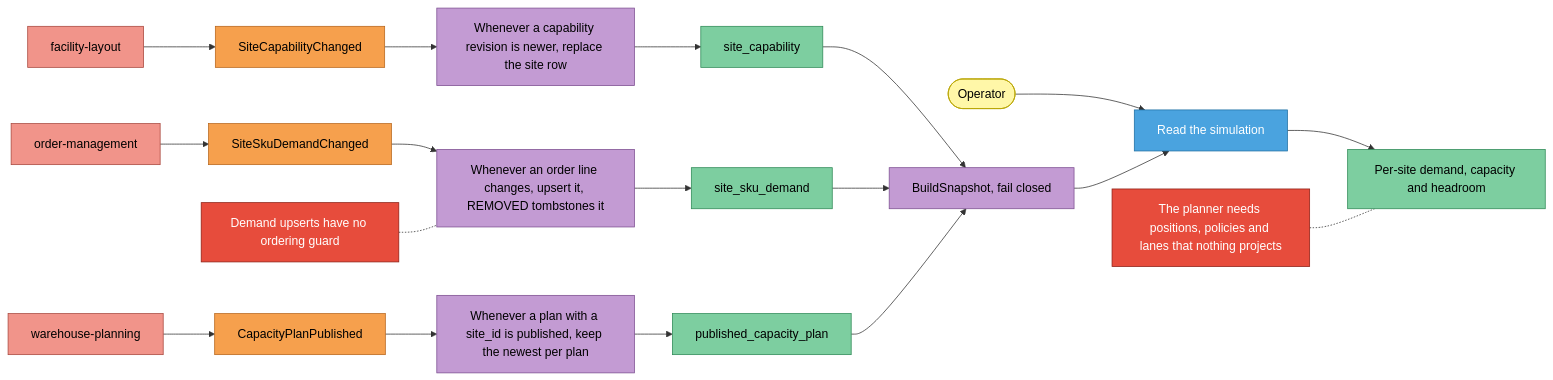
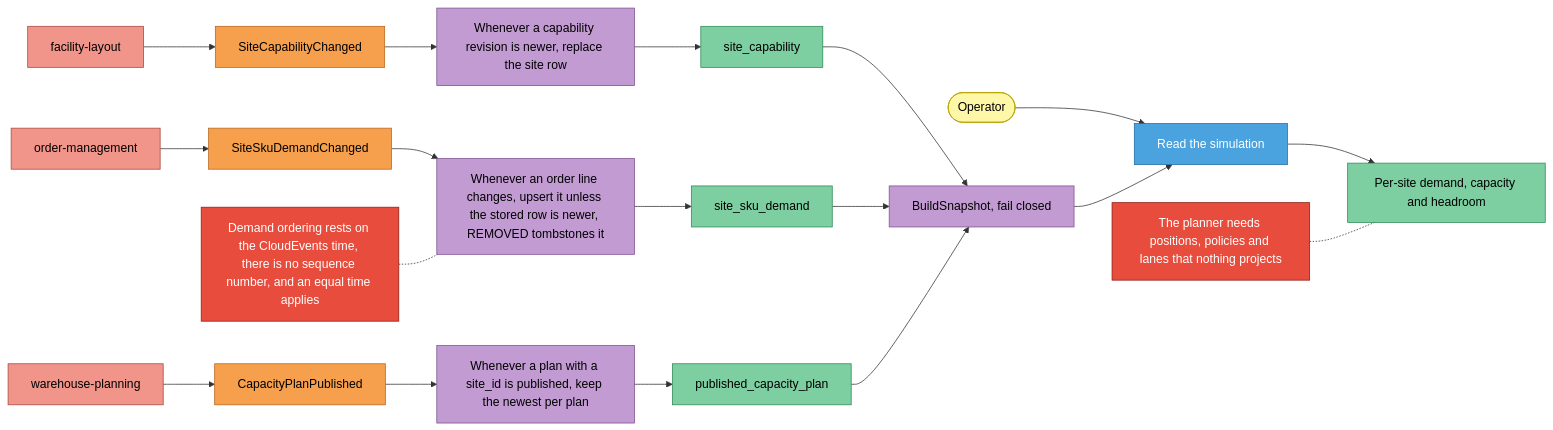
Before and after one commit to IQVO/network-inventory-planning: the second of 4 diagrams in docs/docs/ddd/eventstorming.md, drawn with Mermaid. The commit also changed other lines of this file and 15 other files, not shown here.

````diff
--- a/docs/docs/ddd/eventstorming.md
+++ b/docs/docs/ddd/eventstorming.md
@@ -40,27 +40,27 @@
 ```mermaid
 flowchart LR
   FL[facility-layout]:::external --> E1[SiteCapabilityChanged]:::event
   E1 --> P1[Whenever a capability revision is newer, replace the site row]:::policy
   P1 --> R1[site_capability]:::readmodel
   OM[order-management]:::external --> E2[SiteSkuDemandChanged]:::event
-  E2 --> P2[Whenever an order line changes, upsert it, REMOVED tombstones it]:::policy
+  E2 --> P2[Whenever an order line changes, upsert it unless the stored row is newer, REMOVED tombstones it]:::policy
   P2 --> R2[site_sku_demand]:::readmodel
   WPL[warehouse-planning]:::external --> E3[CapacityPlanPublished]:::event
   E3 --> P3[Whenever a plan with a site_id is published, keep the newest per plan]:::policy
   P3 --> R3[published_capacity_plan]:::readmodel
   R1 --> S1[BuildSnapshot, fail closed]:::policy
   R2 --> S1
   R3 --> S1
   OP([Operator]):::actor --> Q1[Read the simulation]:::command
   S1 --> Q1
   Q1 --> R4[Per-site demand, capacity and headroom]:::readmodel
-  H1[Demand upserts have no ordering guard]:::hotspot -.- P2
+  H1[Demand ordering rests on the CloudEvents time, there is no sequence number, and an equal time applies]:::hotspot -.- P2
   H2[The planner needs positions, policies and lanes that nothing projects]:::hotspot -.- R4
   classDef actor fill:#fff7a8,stroke:#b8a400,color:#000
   classDef command fill:#4aa3df,stroke:#1f6fa3,color:#fff
   classDef event fill:#f6a04d,stroke:#b8661c,color:#000
   classDef policy fill:#c39bd3,stroke:#7d4f91,color:#000
   classDef readmodel fill:#7dcea0,stroke:#2f8a57,color:#000
   classDef external fill:#f1948a,stroke:#a9483e,color:#000
   classDef hotspot fill:#e74c3c,stroke:#8e1f14,color:#fff
 ```
````
